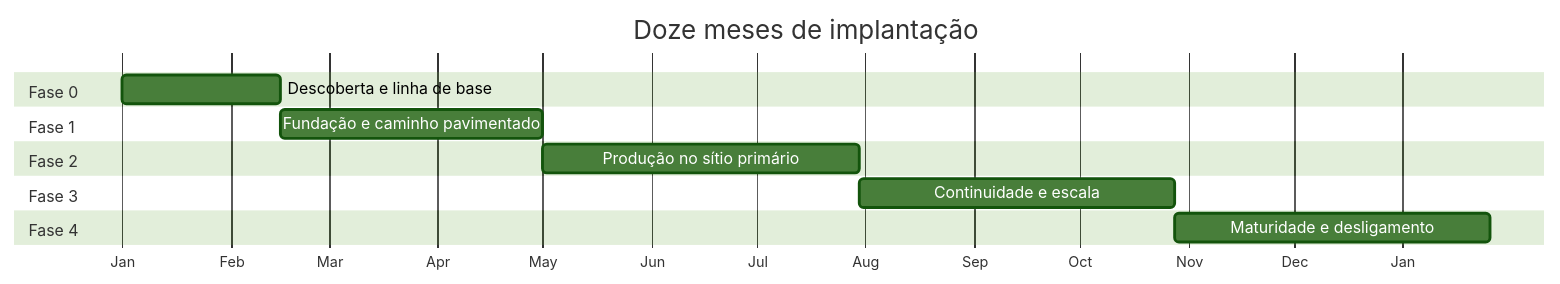
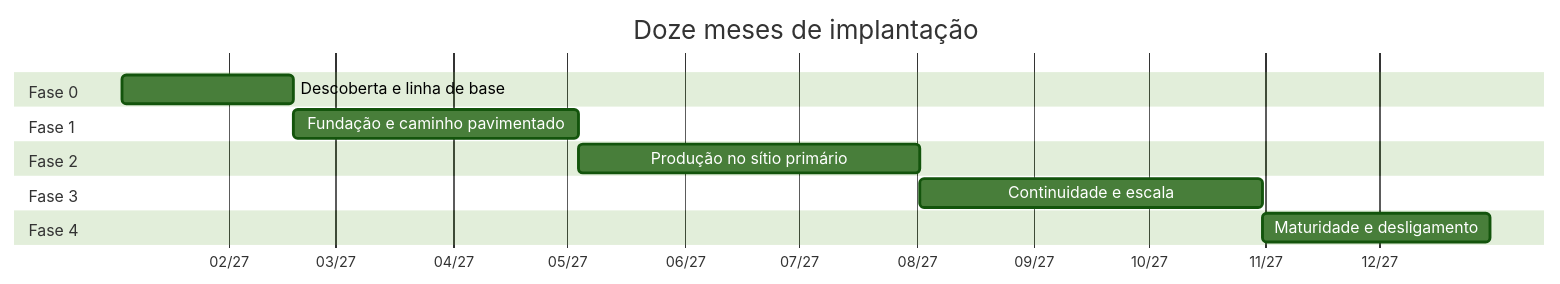
The diagram in docs/08-plano-evolucao.md (DiegoAmorimDev/plataforma-entrega-sefaz), drawn with Mermaid (forest theme) before and after one commit. The commit also changed other lines of this file and 10 other files, not shown here.

````diff
--- a/docs/08-plano-evolucao.md
+++ b/docs/08-plano-evolucao.md
@@ -14,21 +14,21 @@
 ```mermaid
 gantt
     title Doze meses de implantação
     dateFormat YYYY-MM-DD
-    axisFormat %b
+    axisFormat %m/%y
 
     section Fase 0
-    Descoberta e linha de base      :f0, 2026-01-01, 45d
+    Descoberta e linha de base      :f0, 2027-01-04, 45d
 
     section Fase 1
     Fundação e caminho pavimentado  :f1, after f0, 75d
 
     section Fase 2
     Produção no sítio primário      :f2, after f1, 90d
 
     section Fase 3
     Continuidade e escala           :f3, after f2, 90d
 
     section Fase 4
-    Maturidade e desligamento       :f4, after f3, 90d
+    Maturidade e desligamento       :f4, after f3, 60d
 ```
````
